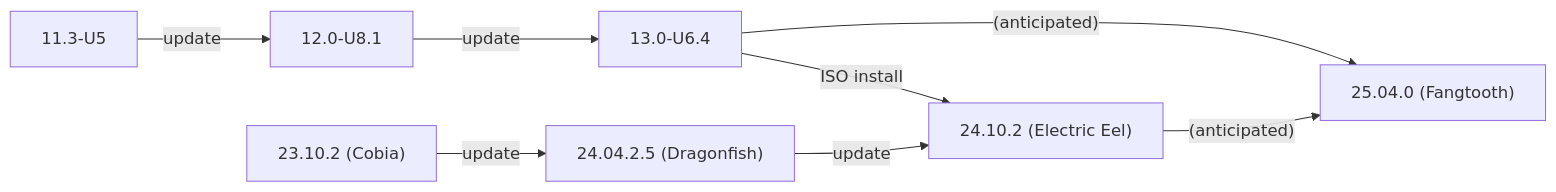
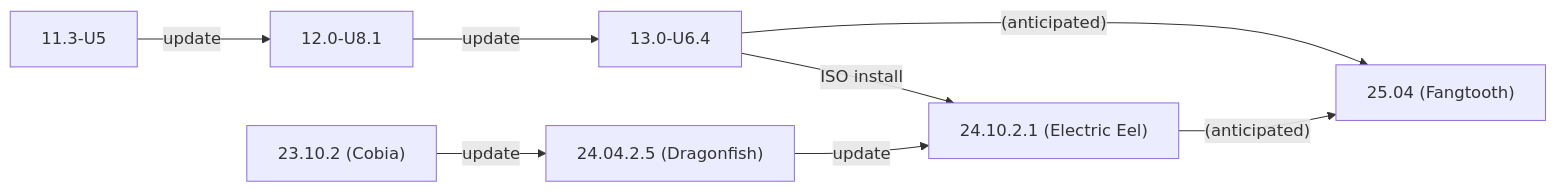
One commit to truenas/documentation changed the second of 2 diagrams in static/includes/SCALEUpgradePaths.md. Above: the diagram before and after it, drawn with Mermaid. The commit also changed other lines of this file, not shown here.

```diff
--- a/static/includes/SCALEUpgradePaths.md
+++ b/static/includes/SCALEUpgradePaths.md
@@ -87,11 +87,11 @@
           {{< mermaid class="mermaid_sizing" >}}
           flowchart LR
             A["11.3-U5"] -->|update| B
             B["12.0-U8.1"] -->|update| C
             C["13.0-U6.4"] -->|ISO install| F
             C["13.0-U6.4"] -->|"(anticipated)"| G
             D["23.10.2 (Cobia)"] -->|update| E
             E["24.04.2.5 (Dragonfish)"]  -->|update| F
-            F["24.10.2 (Electric Eel)"] -->|"(anticipated)"| G
-            G["25.04.0 (Fangtooth)"]
+            F["24.10.2.1 (Electric Eel)"] -->|"(anticipated)"| G
+            G["25.04 (Fangtooth)"]
           {{< /mermaid >}}
```
